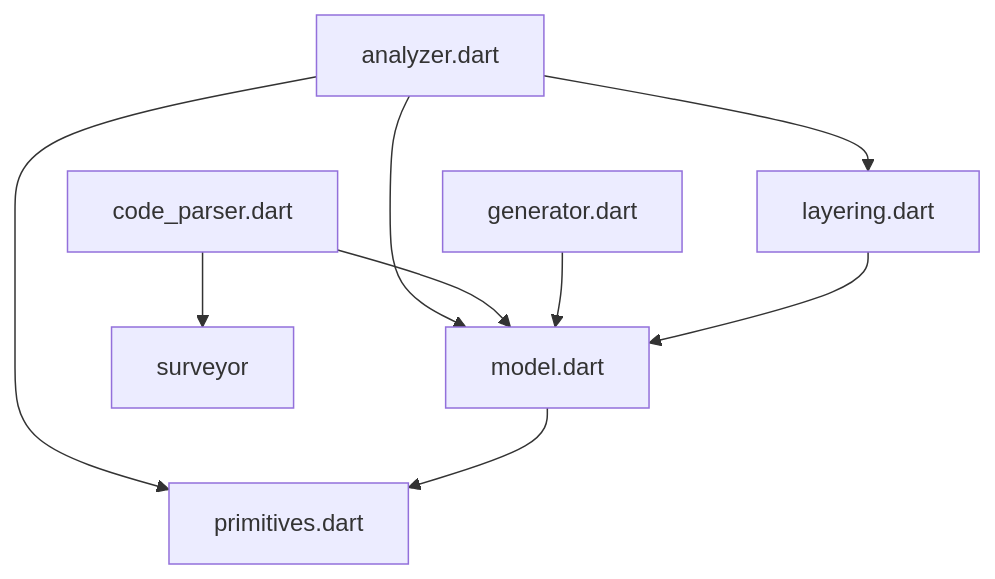
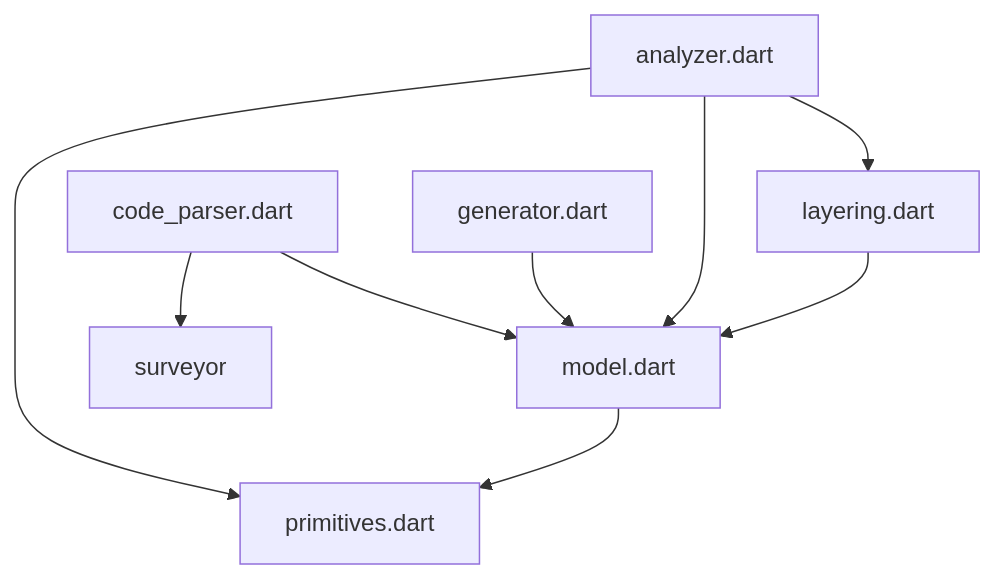
The diagram in lib/src/DEPENDENCIES.md (polina-c/layerlens), drawn with Mermaid before and after one commit. The commit also changed other lines of this file and 1 other file, not shown here.

````diff
--- a/lib/src/DEPENDENCIES.md
+++ b/lib/src/DEPENDENCIES.md
@@ -5,11 +5,11 @@
 ```mermaid
 flowchart TD;
 analyzer.dart-->layering.dart;
+analyzer.dart-->model.dart;
 analyzer.dart-->primitives.dart;
-analyzer.dart-->model.dart;
 code_parser.dart-->model.dart;
 code_parser.dart-->surveyor;
 generator.dart-->model.dart;
 layering.dart-->model.dart;
 model.dart-->primitives.dart;
 ```
````
